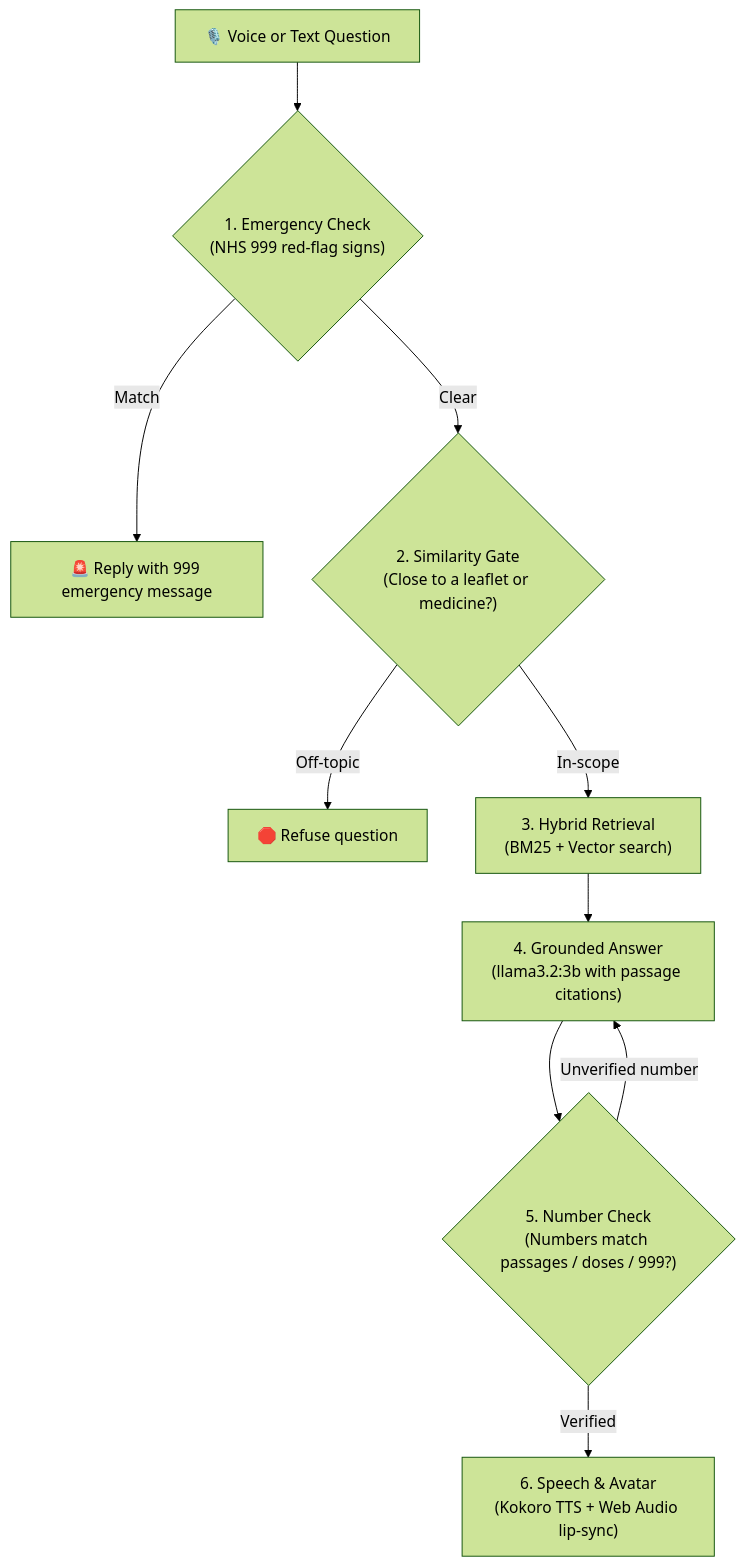
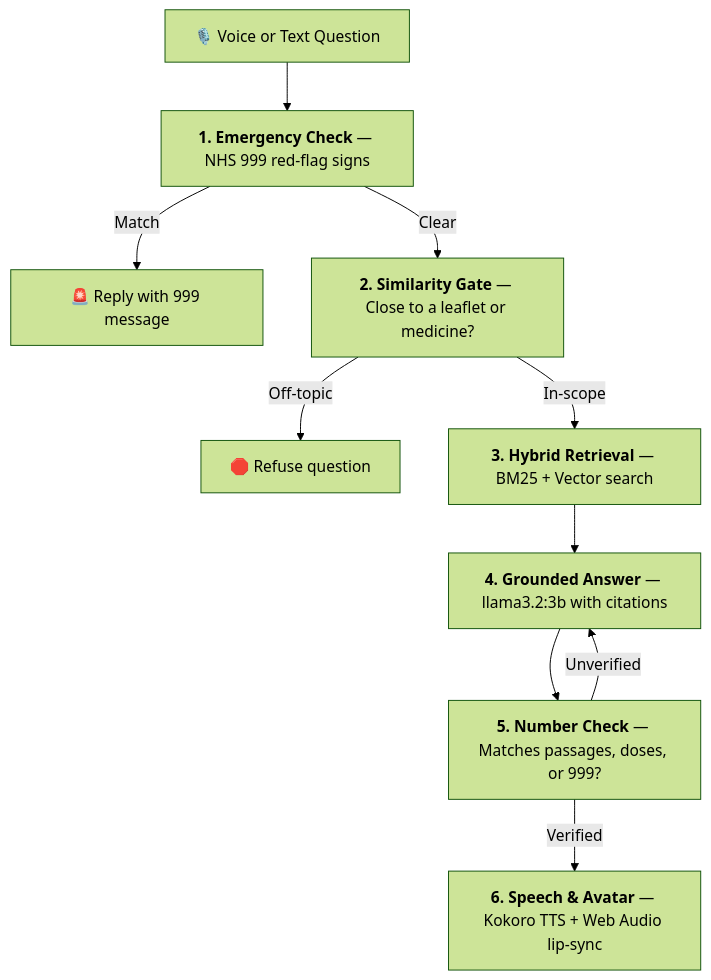
Before and after one commit to ersan-eke/medmate: the diagram in README.md, drawn with Mermaid (forest theme).

Commit message:
README: edits

````diff
--- a/README.md
+++ b/README.md
@@ -122,12 +122,12 @@
 ```mermaid
 flowchart TD
-    Q["🎙️ Voice or Text Question"] --> E{"1. Emergency Check<br/>(NHS 999 red-flag signs)"}
-    E -- "Match" --> E999["🚨 Reply with 999 emergency message"]
-    E -- "Clear" --> G{"2. Similarity Gate<br/>(Close to a leaflet or medicine?)"}
+    Q["🎙️ Voice or Text Question"] --> E["<b>1. Emergency Check</b> — NHS 999 red-flag signs"]
+    E -- "Match" --> E999["🚨 Reply with 999 message"]
+    E -- "Clear" --> G["<b>2. Similarity Gate</b> — Close to a leaflet or medicine?"]
     G -- "Off-topic" --> REF["🛑 Refuse question"]
-    G -- "In-scope" --> R["3. Hybrid Retrieval<br/>(BM25 + Vector search)"]
-    R --> L["4. Grounded Answer<br/>(llama3.2:3b with passage citations)"]
-    L --> N{"5. Number Check<br/>(Numbers match passages / doses / 999?)"}
-    N -- "Unverified number" --> L
-    N -- "Verified" --> S["6. Speech & Avatar<br/>(Kokoro TTS + Web Audio lip-sync)"]
+    G -- "In-scope" --> R["<b>3. Hybrid Retrieval</b> — BM25 + Vector search"]
+    R --> L["<b>4. Grounded Answer</b> — llama3.2:3b with citations"]
+    L --> N["<b>5. Number Check</b> — Matches passages, doses, or 999?"]
+    N -- "Unverified" --> L
+    N -- "Verified" --> S["<b>6. Speech & Avatar</b> — Kokoro TTS + Web Audio lip-sync"]
 ```
````
